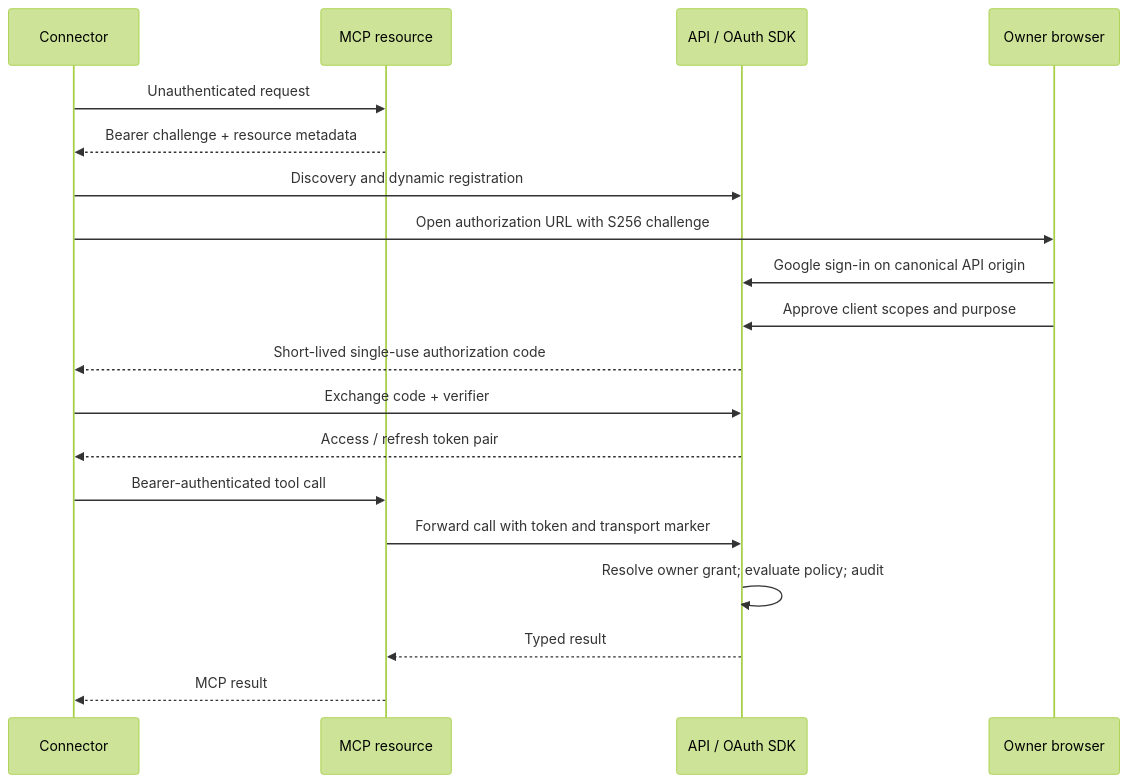
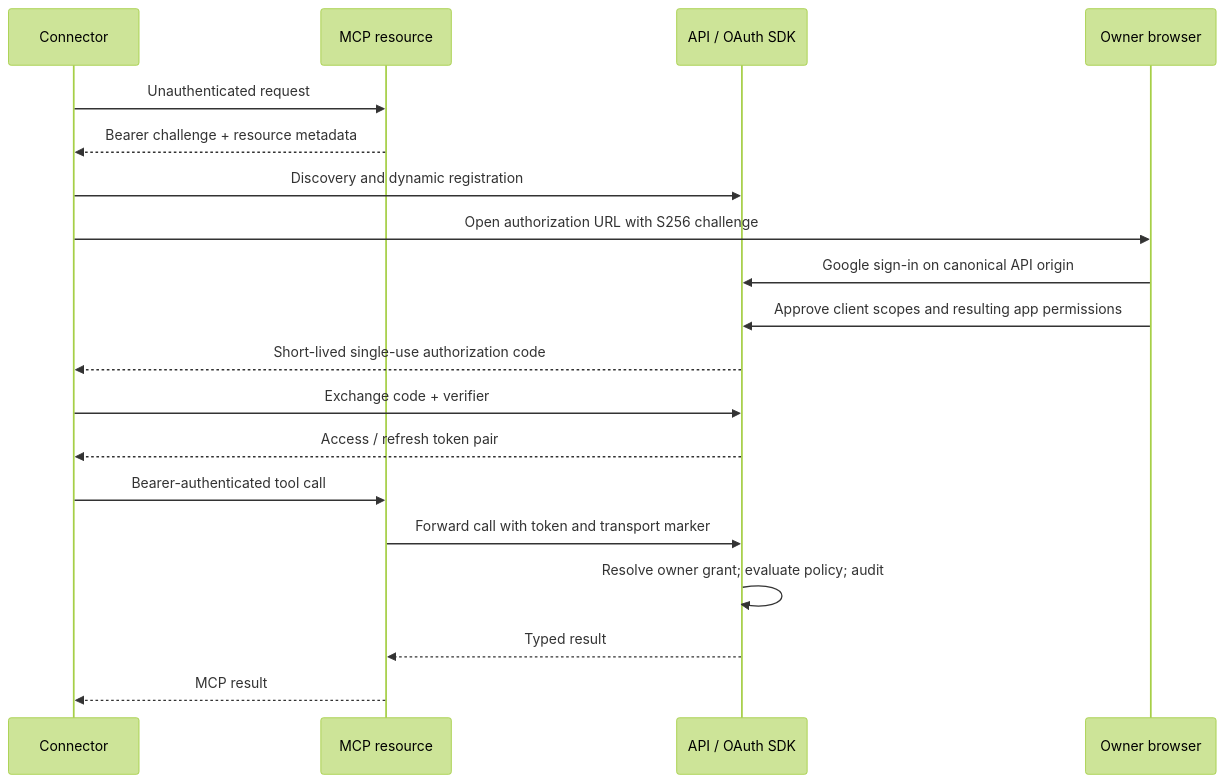
Before and after one commit to bereciartua/funes-vault: the third of 4 diagrams in ARCHITECTURE.md, drawn with Mermaid (forest theme). The commit also changed other lines of this file and 117 other files, not shown here.

Commit message:
feat(permissions)!: authorize apps independently of stated purpose

````diff
--- a/ARCHITECTURE.md
+++ b/ARCHITECTURE.md
@@ -122,21 +123,21 @@
 ```mermaid
 sequenceDiagram
     participant Tool as Connector
     participant MCP as MCP resource
     participant API as API / OAuth SDK
     participant Owner as Owner browser
     Tool->>MCP: Unauthenticated request
     MCP-->>Tool: Bearer challenge + resource metadata
     Tool->>API: Discovery and dynamic registration
     Tool->>Owner: Open authorization URL with S256 challenge
     Owner->>API: Google sign-in on canonical API origin
-    Owner->>API: Approve client scopes and purpose
+    Owner->>API: Approve client scopes and resulting app permissions
     API-->>Tool: Short-lived single-use authorization code
     Tool->>API: Exchange code + verifier
     API-->>Tool: Access / refresh token pair
     Tool->>MCP: Bearer-authenticated tool call
     MCP->>API: Forward call with token and transport marker
     API->>API: Resolve owner grant#59; evaluate policy#59; audit
     API-->>MCP: Typed result
     MCP-->>Tool: MCP result
 ```
````
